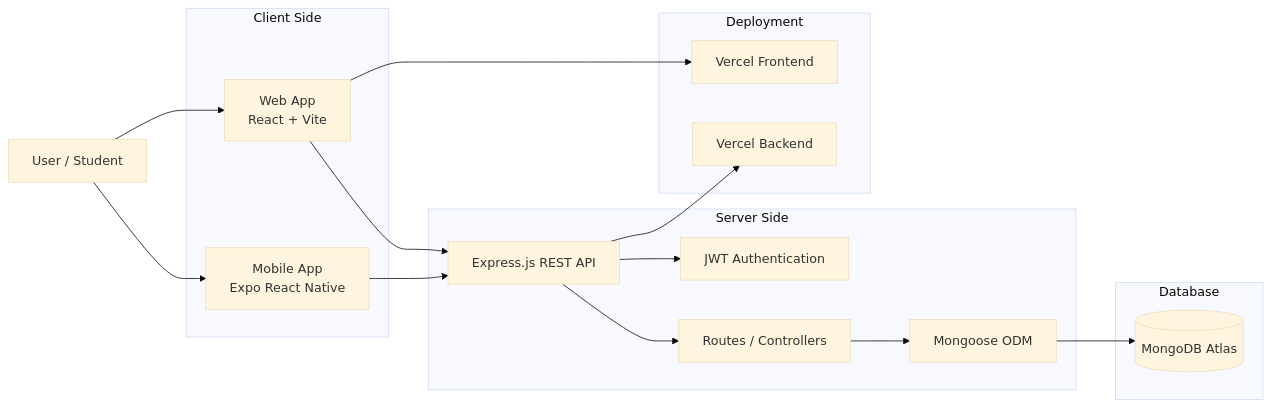
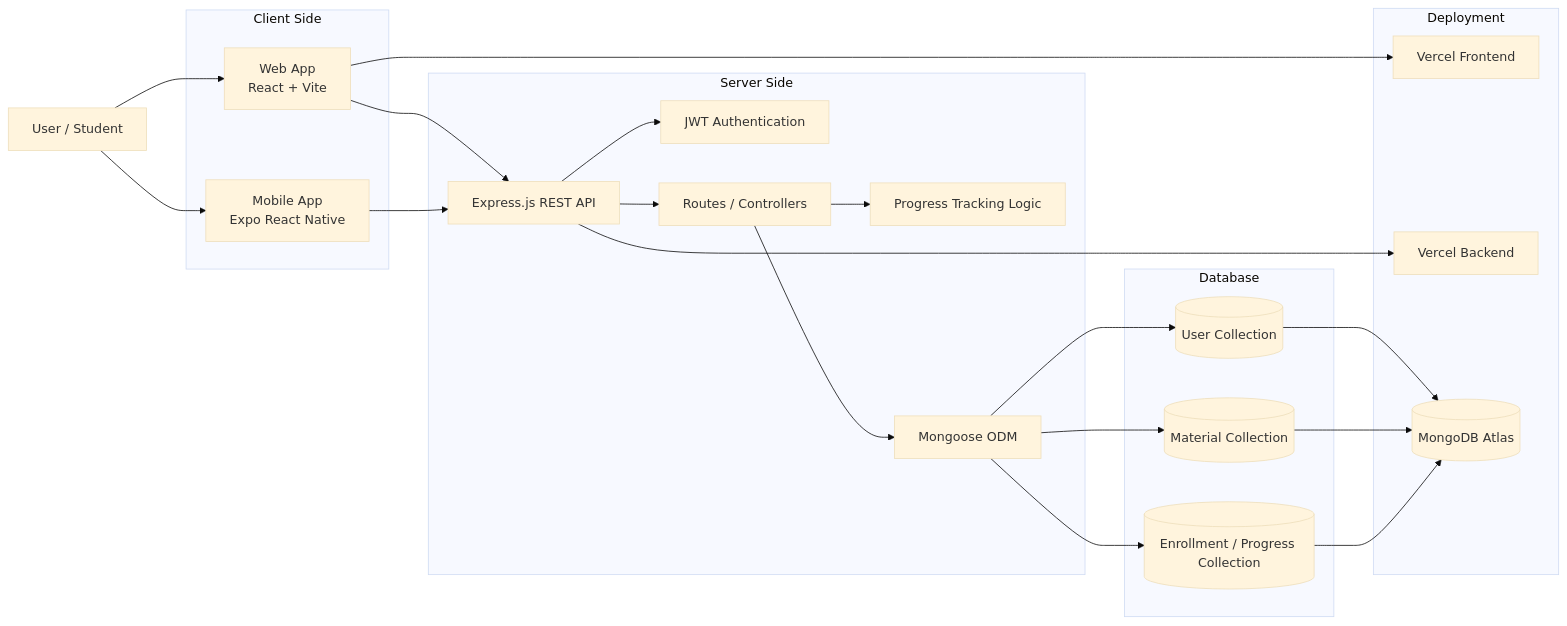
The first of 5 diagrams in readme.md (theo00000/learning-support-platform), drawn with Mermaid (base theme) before and after one commit. The commit also changed other lines of this file, not shown here.

Commit message:
feat: update README to include user-based progress tracking details

````diff
--- a/readme.md
+++ b/readme.md
@@ -148,39 +176,51 @@
 ```mermaid
 flowchart LR
     U[User / Student]
 
     subgraph Client Side
         W[Web App<br/>React + Vite]
         M[Mobile App<br/>Expo React Native]
     end
 
     subgraph Server Side
         API[Express.js REST API]
         AUTH[JWT Authentication]
         ROUTES[Routes / Controllers]
+        PROGRESS[Progress Tracking Logic]
         DBLAYER[Mongoose ODM]
     end
 
     subgraph Database
-        MDB[(MongoDB Atlas)]
+        USER[(User Collection)]
+        MATERIAL[(Material Collection)]
+        ENROLLMENT[(Enrollment / Progress Collection)]
     end
 
     subgraph Deployment
         VF[Vercel Frontend]
         VB[Vercel Backend]
+        MDB[(MongoDB Atlas)]
     end
 
     U --> W
     U --> M
 
     W --> API
     M --> API
 
     API --> AUTH
     API --> ROUTES
+    ROUTES --> PROGRESS
     ROUTES --> DBLAYER
-    DBLAYER --> MDB
+
+    DBLAYER --> USER
+    DBLAYER --> MATERIAL
+    DBLAYER --> ENROLLMENT
+
+    USER --> MDB
+    MATERIAL --> MDB
+    ENROLLMENT --> MDB
 
     W --> VF
     API --> VB
 ```
````
